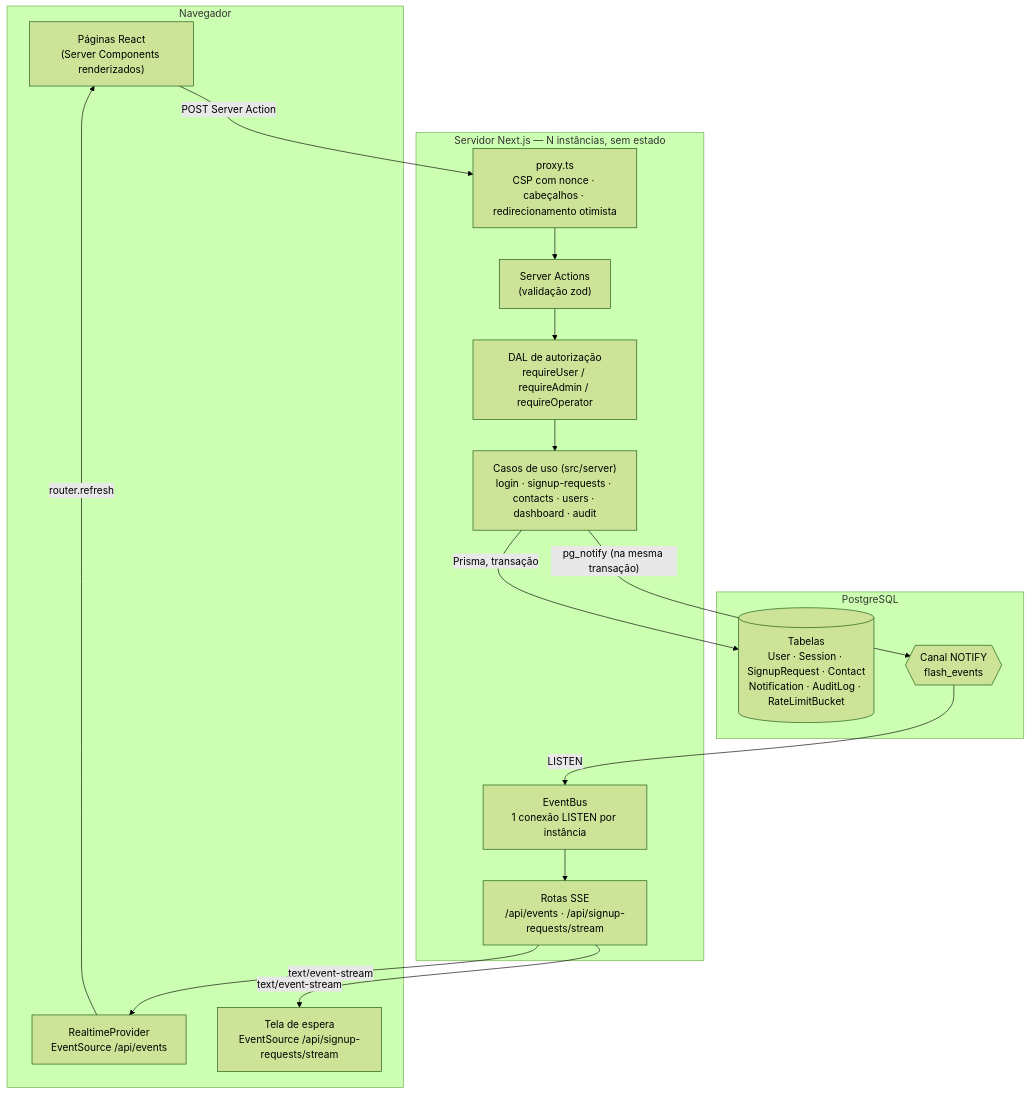
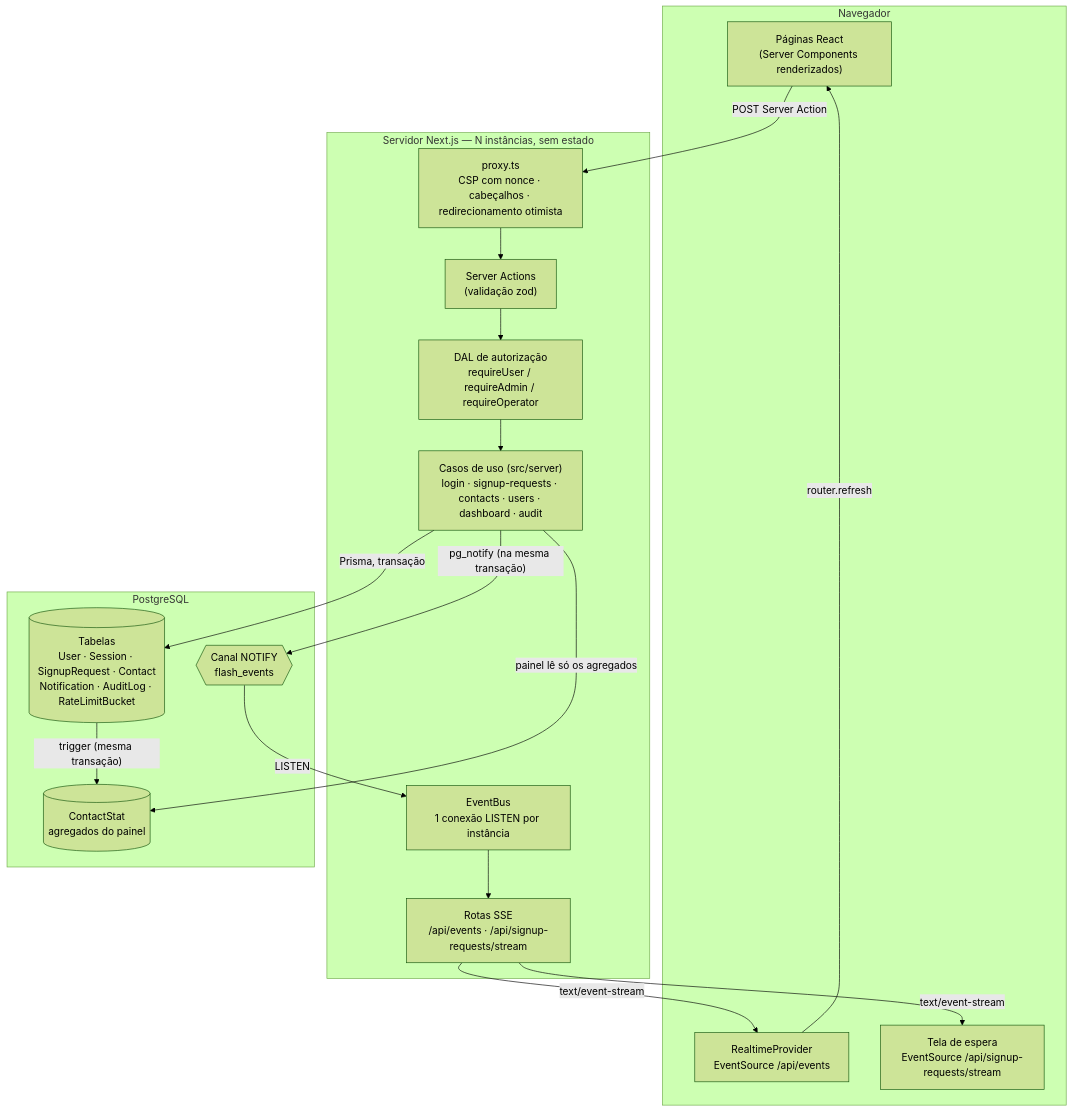
The second of 10 diagrams in docs/ARQUITETURA.md (vittorccf/flash-analytics), drawn with Mermaid (forest theme) before and after one commit. The commit also changed other lines of this file and 1 other file, not shown here.

Commit message:
UML atualizado: agregados do painel, conferência de e-mail e permissões

````diff
--- a/docs/ARQUITETURA.md
+++ b/docs/ARQUITETURA.md
@@ -53,30 +53,33 @@
 ```mermaid
 flowchart TB
   subgraph NAV["Navegador"]
     UI["Páginas React<br/>(Server Components renderizados)"]
     RT["RealtimeProvider<br/>EventSource /api/events"]
     WP["Tela de espera<br/>EventSource /api/signup-requests/stream"]
   end
 
   subgraph SRV["Servidor Next.js — N instâncias, sem estado"]
     PX["proxy.ts<br/>CSP com nonce · cabeçalhos · redirecionamento otimista"]
     SA["Server Actions<br/>(validação zod)"]
     DAL["DAL de autorização<br/>requireUser / requireAdmin / requireOperator"]
     UCs["Casos de uso (src/server)<br/>login · signup-requests · contacts · users · dashboard · audit"]
     SSE["Rotas SSE<br/>/api/events · /api/signup-requests/stream"]
     BUS["EventBus<br/>1 conexão LISTEN por instância"]
   end
 
   subgraph PG["PostgreSQL"]
     T[("Tabelas<br/>User · Session · SignupRequest · Contact<br/>Notification · AuditLog · RateLimitBucket")]
+    AG[("ContactStat<br/>agregados do painel")]
     CH{{"Canal NOTIFY<br/>flash_events"}}
   end
 
   UI -->|POST Server Action| PX --> SA --> DAL --> UCs
   UCs -->|Prisma, transação| T
   UCs -->|"pg_notify (na mesma transação)"| CH
+  T -->|"trigger (mesma transação)"| AG
+  UCs -->|painel lê só os agregados| AG
   CH -->|LISTEN| BUS --> SSE
   SSE -->|text/event-stream| RT
   SSE -->|text/event-stream| WP
   RT -->|router.refresh| UI
 ```
````
